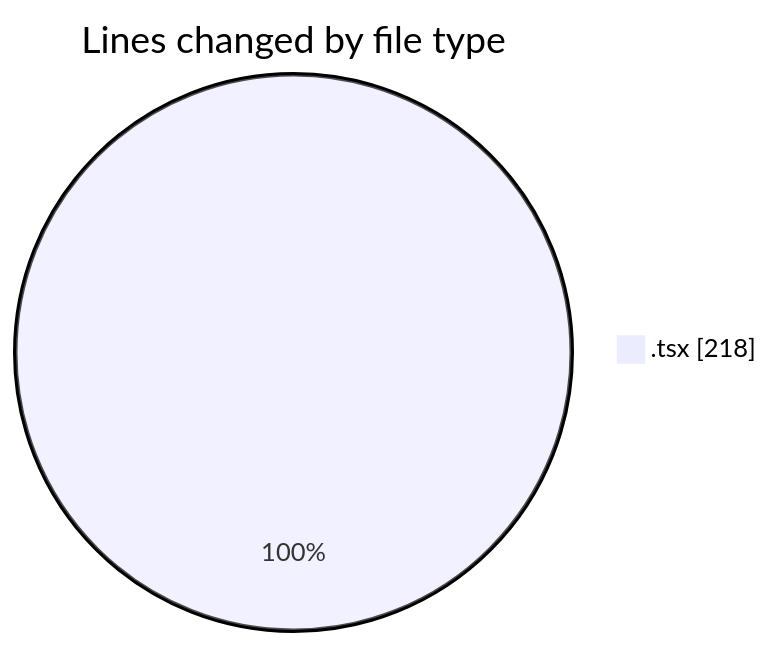
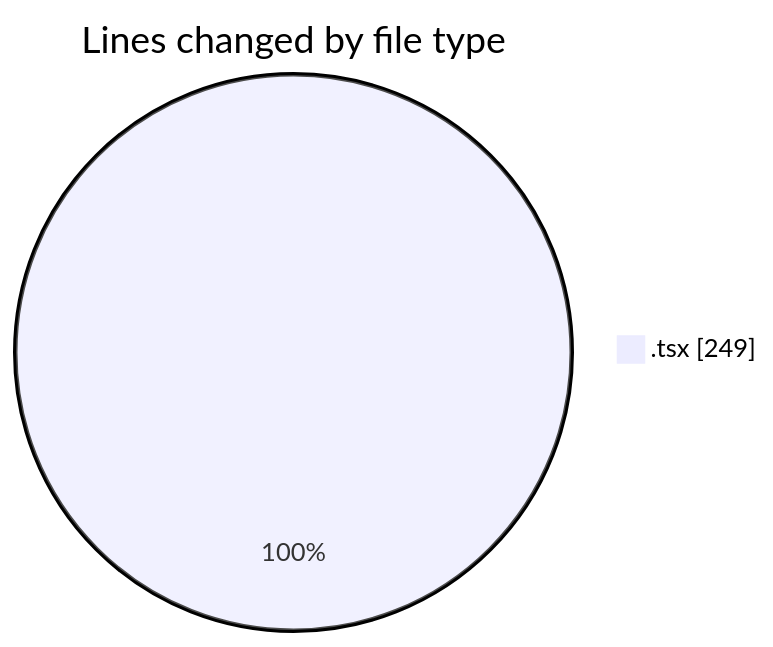
The first of 2 diagrams in 2026-04-12/airfeed-analytics-dashboard/README.md (nxtqubesakshisongat/code-tracking), drawn with Mermaid before and after one commit. The commit also changed other lines of this file and 1 other file, not shown here.

````diff
--- a/2026-04-12/airfeed-analytics-dashboard/README.md
+++ b/2026-04-12/airfeed-analytics-dashboard/README.md
@@ -21,5 +21,5 @@
 ```mermaid
 pie showData
 title Lines changed by file type
-".tsx" : 218
+".tsx" : 249
 ```
````
